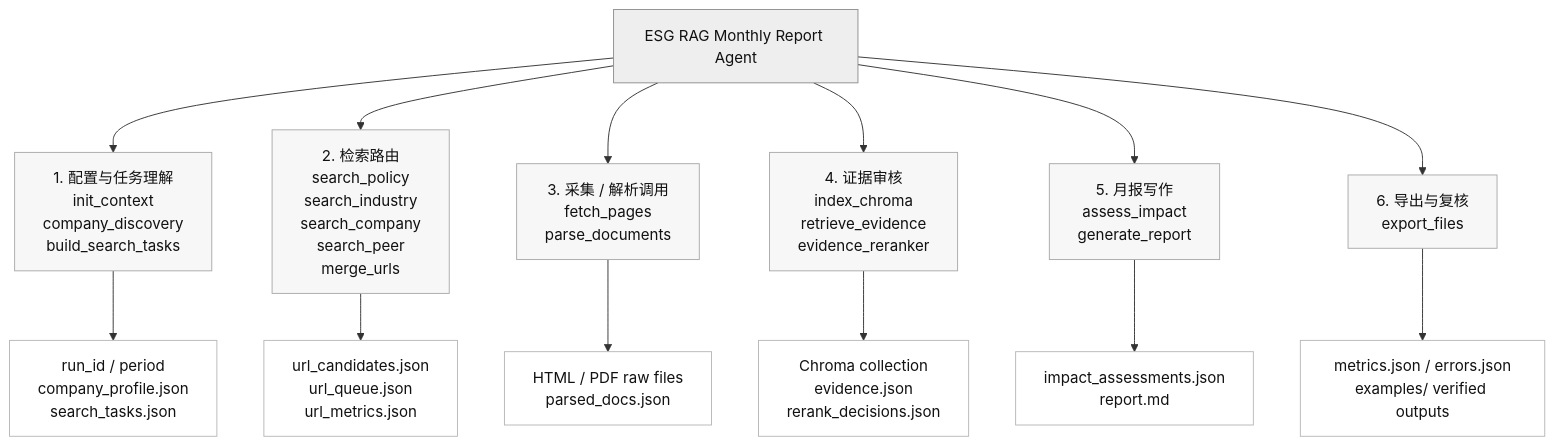
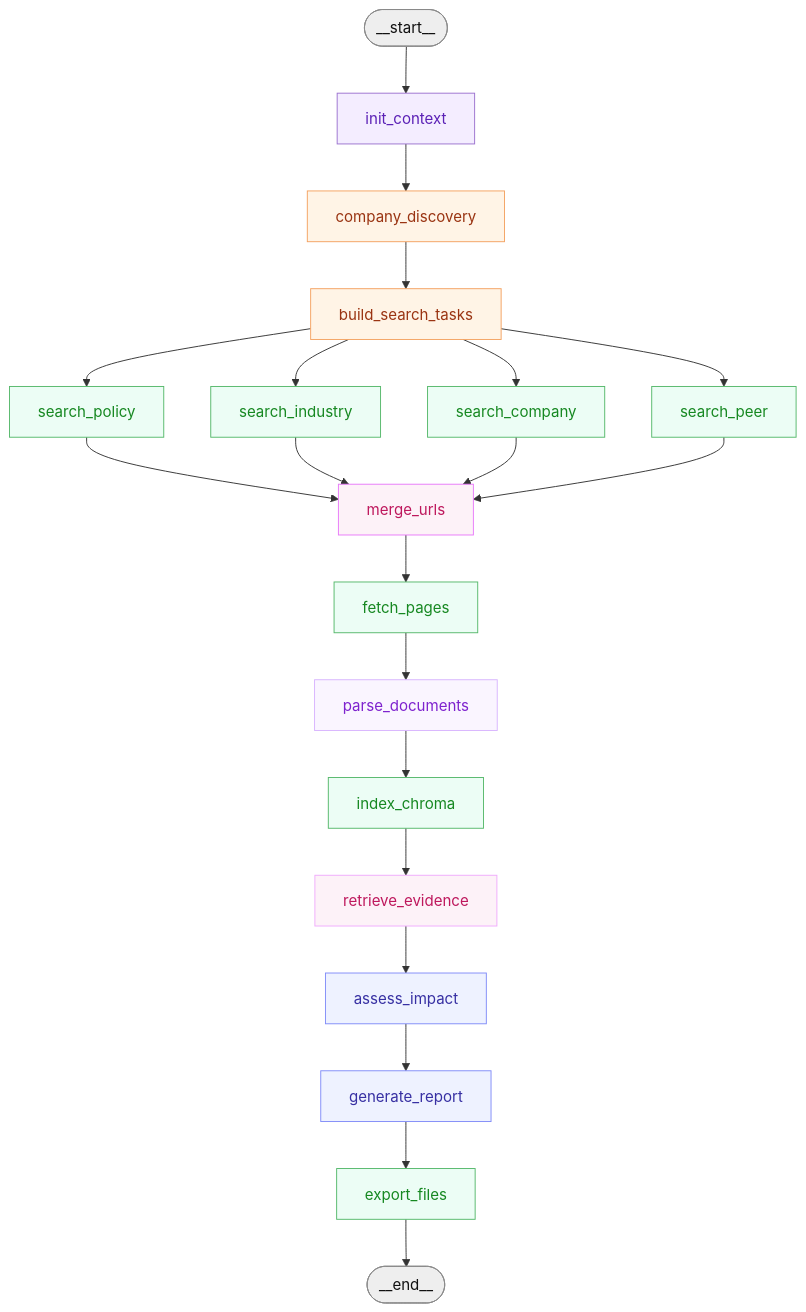
One commit to Linkai0905/ESG-RAG changed the diagram in README.md. Above: the diagram before and after it, drawn with Mermaid. The commit also changed other lines of this file, not shown here.

Commit message:
Update README LangGraph node diagram

````diff
--- a/README.md
+++ b/README.md
@@ -97,25 +97,43 @@
 ```mermaid
 flowchart TD
-    ROOT["ESG RAG Monthly Report Agent"]
+    START(["__start__"]) --> INIT["init_context"]
+    INIT --> DISCOVERY["company_discovery"]
+    DISCOVERY --> TASKS["build_search_tasks"]
 
-    ROOT --> S1["1. 配置与任务理解<br/>init_context<br/>company_discovery<br/>build_search_tasks"]
-    ROOT --> S2["2. 检索路由<br/>search_policy<br/>search_industry<br/>search_company<br/>search_peer<br/>merge_urls"]
-    ROOT --> S3["3. 采集 / 解析调用<br/>fetch_pages<br/>parse_documents"]
-    ROOT --> S4["4. 证据审核<br/>index_chroma<br/>retrieve_evidence<br/>evidence_reranker"]
-    ROOT --> S5["5. 月报写作<br/>assess_impact<br/>generate_report"]
-    ROOT --> S6["6. 导出与复核<br/>export_files"]
+    TASKS --> POLICY["search_policy"]
+    TASKS --> INDUSTRY["search_industry"]
+    TASKS --> COMPANY["search_company"]
+    TASKS --> PEER["search_peer"]
 
-    S1 --> A1["run_id / period<br/>company_profile.json<br/>search_tasks.json"]
-    S2 --> A2["url_candidates.json<br/>url_queue.json<br/>url_metrics.json"]
-    S3 --> A3["HTML / PDF raw files<br/>parsed_docs.json"]
-    S4 --> A4["Chroma collection<br/>evidence.json<br/>rerank_decisions.json"]
-    S5 --> A5["impact_assessments.json<br/>report.md"]
-    S6 --> A6["metrics.json / errors.json<br/>examples/ verified outputs"]
+    POLICY --> MERGE["merge_urls"]
+    INDUSTRY --> MERGE
+    COMPANY --> MERGE
+    PEER --> MERGE
 
-    classDef root fill:#eeeeee,stroke:#8f8f8f,stroke-width:1px,color:#111;
-    classDef stage fill:#f7f7f7,stroke:#aaaaaa,stroke-width:1px,color:#111;
-    classDef artifact fill:#ffffff,stroke:#b8b8b8,stroke-width:1px,color:#111;
-    class ROOT root;
-    class S1,S2,S3,S4,S5,S6 stage;
-    class A1,A2,A3,A4,A5,A6 artifact;
+    MERGE --> FETCH["fetch_pages"]
+    FETCH --> PARSE["parse_documents"]
+    PARSE --> INDEX["index_chroma"]
+    INDEX --> RETRIEVE["retrieve_evidence"]
+    RETRIEVE --> ASSESS["assess_impact"]
+    ASSESS --> REPORT["generate_report"]
+    REPORT --> EXPORT["export_files"]
+    EXPORT --> END(["__end__"])
+
+    classDef terminal fill:#eeeeee,stroke:#8a8a8a,stroke-width:1px,color:#111;
+    classDef setup fill:#f4edff,stroke:#9b72cf,stroke-width:1px,color:#5b21b6;
+    classDef plan fill:#fff4e6,stroke:#f4a261,stroke-width:1px,color:#9a3412;
+    classDef search fill:#ecfdf5,stroke:#55b86a,stroke-width:1px,color:#168821;
+    classDef merge fill:#fdf2f8,stroke:#e879f9,stroke-width:1px,color:#be185d;
+    classDef parse fill:#faf5ff,stroke:#d8b4fe,stroke-width:1px,color:#7e22ce;
+    classDef evidence fill:#fdf2f8,stroke:#f0abfc,stroke-width:1px,color:#be185d;
+    classDef writing fill:#eef2ff,stroke:#818cf8,stroke-width:1px,color:#3730a3;
+
+    class START,END terminal;
+    class INIT setup;
+    class DISCOVERY,TASKS plan;
+    class POLICY,INDUSTRY,COMPANY,PEER,FETCH,INDEX,EXPORT search;
+    class MERGE merge;
+    class PARSE parse;
+    class RETRIEVE evidence;
+    class ASSESS,REPORT writing;
 ```
````
